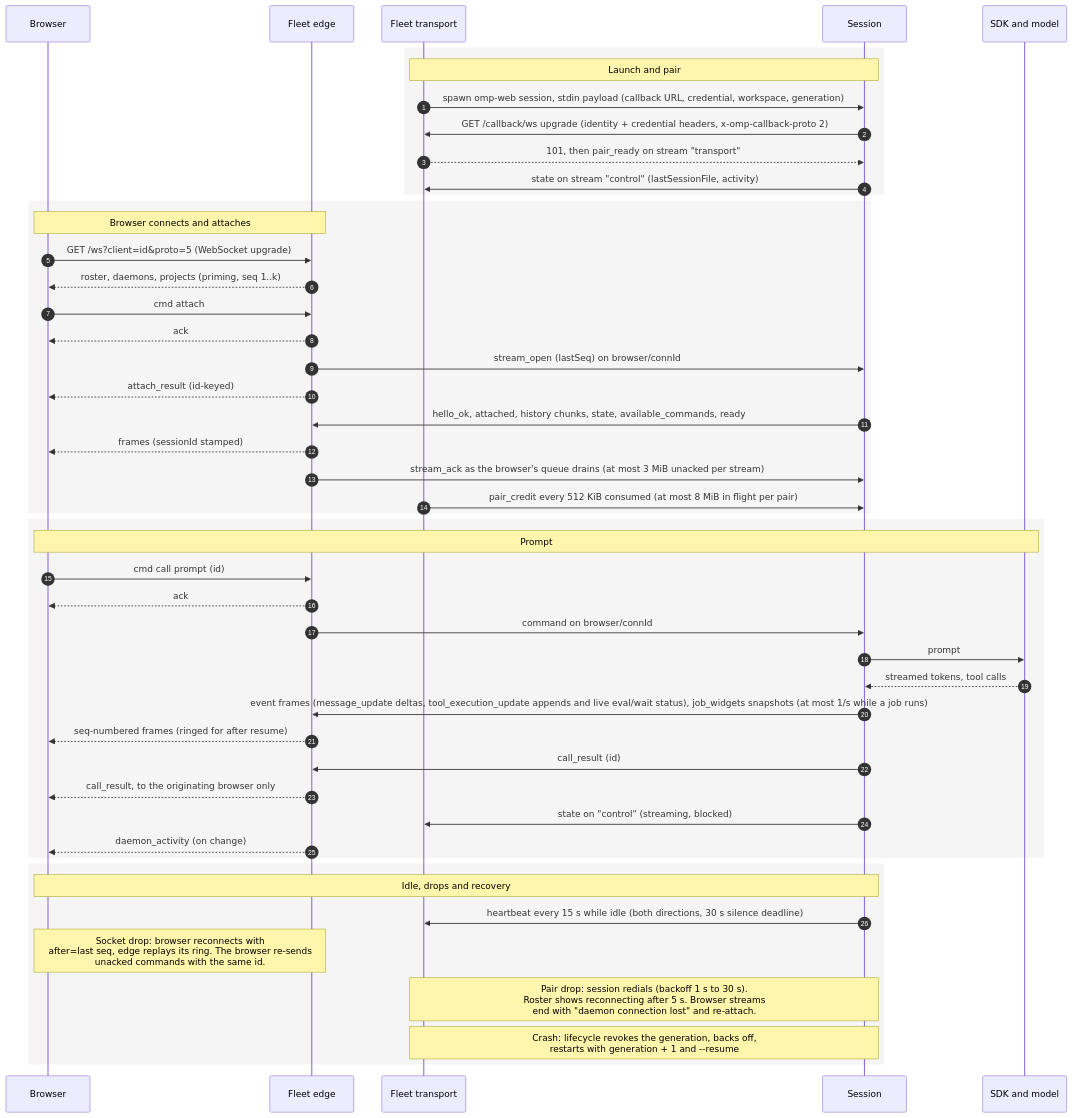
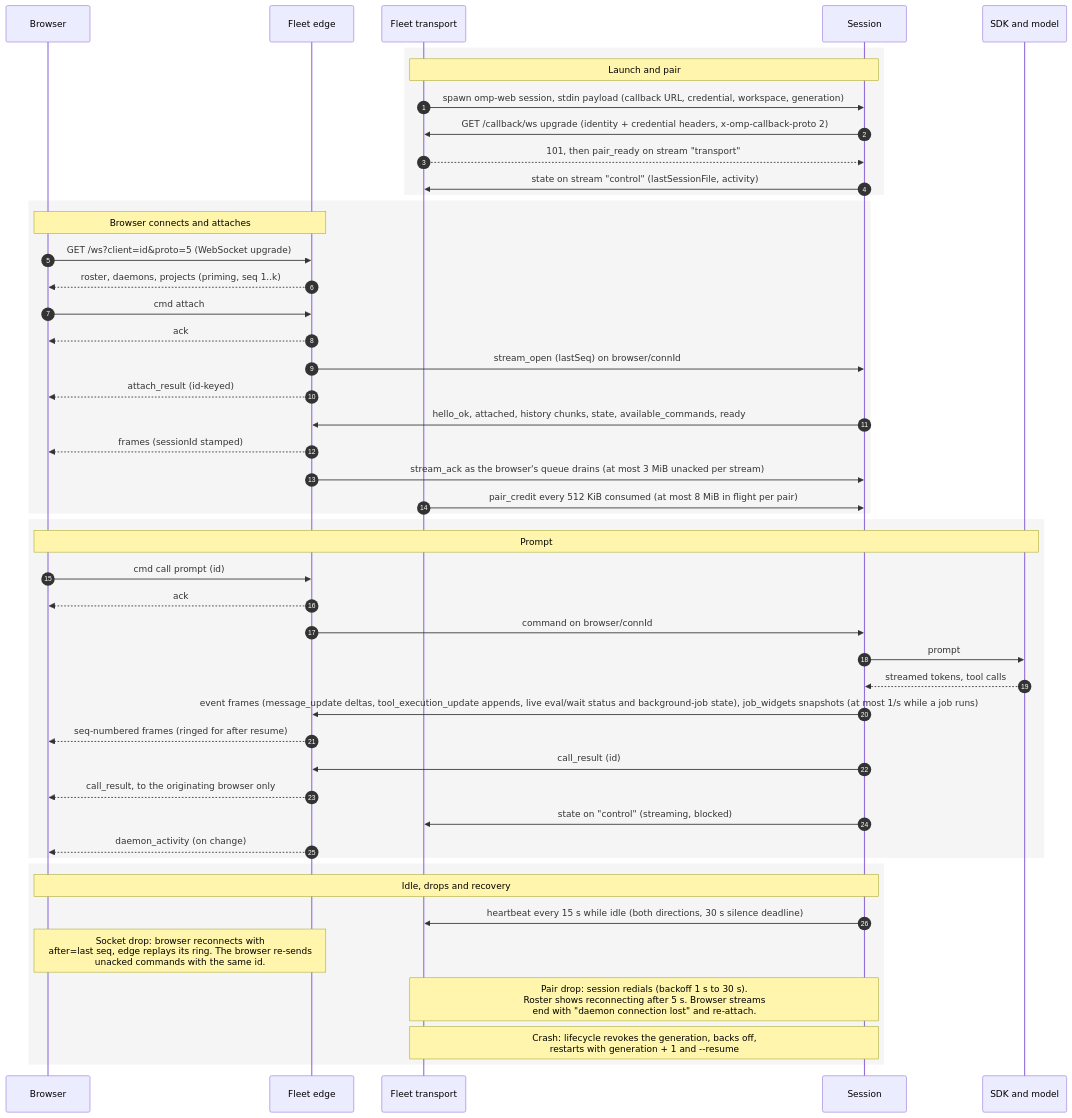
Before and after one commit to nibblebot/omp-web: the second of 2 diagrams in docs/architecture.md, drawn with Mermaid. The commit also changed 39 other files, not shown here.

First line of the commit message:
fix(jobs): review findings on background cards, wait folding, jobs bar and session priming

````diff
--- a/docs/architecture.md
+++ b/docs/architecture.md
@@ -64,54 +64,54 @@
 ```mermaid
 sequenceDiagram
   autonumber
   participant B as Browser
   participant E as Fleet edge
   participant T as Fleet transport
   participant S as Session
   participant M as SDK and model
 
   rect rgba(128,128,128,0.08)
   Note over T,S: Launch and pair
   T->>S: spawn omp-web session, stdin payload (callback URL, credential, workspace, generation)
   S->>T: GET /callback/ws upgrade (identity + credential headers, x-omp-callback-proto 2)
   T-->>S: 101, then pair_ready on stream "transport"
   S->>T: state on stream "control" (lastSessionFile, activity)
   end
 
   rect rgba(128,128,128,0.08)
   Note over B,E: Browser connects and attaches
   B->>E: GET /ws?client=id&proto=5 (WebSocket upgrade)
   E-->>B: roster, daemons, projects (priming, seq 1..k)
   B->>E: cmd attach
   E-->>B: ack
   E->>S: stream_open (lastSeq) on browser/connId
   E-->>B: attach_result (id-keyed)
   S->>E: hello_ok, attached, history chunks, state, available_commands, ready
   E-->>B: frames (sessionId stamped)
   E->>S: stream_ack as the browser's queue drains (at most 3 MiB unacked per stream)
   T->>S: pair_credit every 512 KiB consumed (at most 8 MiB in flight per pair)
   end
 
   rect rgba(128,128,128,0.08)
   Note over B,M: Prompt
   B->>E: cmd call prompt (id)
   E-->>B: ack
   E->>S: command on browser/connId
   S->>M: prompt
   M-->>S: streamed tokens, tool calls
-  S->>E: event frames (message_update deltas, tool_execution_update appends and live eval/wait status), job_widgets snapshots (at most 1/s while a job runs)
+  S->>E: event frames (message_update deltas, tool_execution_update appends, live eval/wait status and background-job state), job_widgets snapshots (at most 1/s while a job runs)
   E-->>B: seq-numbered frames (ringed for after resume)
   S->>E: call_result (id)
   E-->>B: call_result, to the originating browser only
   S->>T: state on "control" (streaming, blocked)
   E-->>B: daemon_activity (on change)
   end
 
   rect rgba(128,128,128,0.08)
   Note over B,S: Idle, drops and recovery
   S->>T: heartbeat every 15 s while idle (both directions, 30 s silence deadline)
   Note over B,E: Socket drop: browser reconnects with<br/>after=last seq, edge replays its ring. The browser re-sends<br/>unacked commands with the same id.
   Note over T,S: Pair drop: session redials (backoff 1 s to 30 s).<br/>Roster shows reconnecting after 5 s. Browser streams<br/>end with "daemon connection lost" and re-attach.
   Note over T,S: Crash: lifecycle revokes the generation, backs off,<br/>restarts with generation + 1 and --resume
   end
 ```
````
